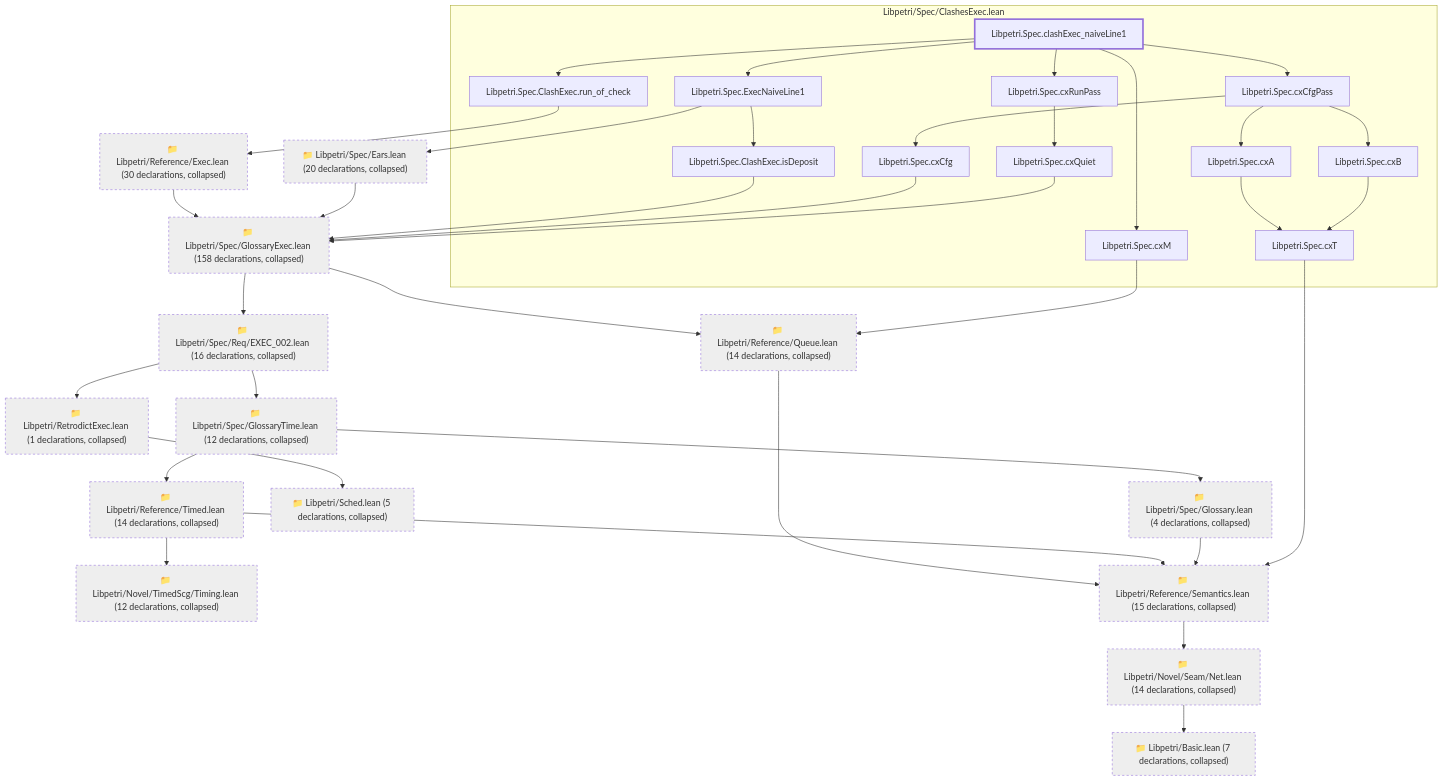
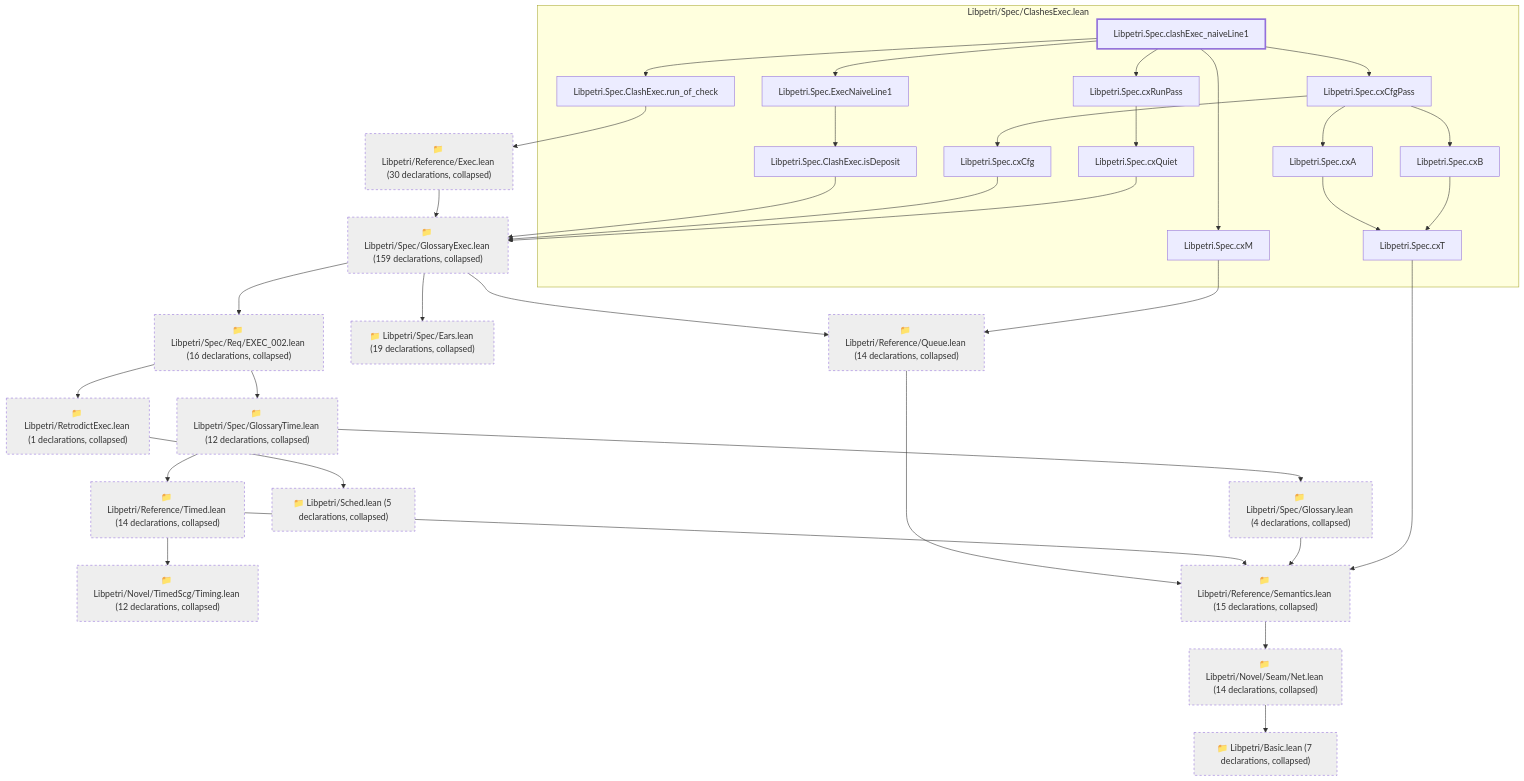
One commit to debe/libpetri changed the first of 3 diagrams in lean/graph/requirements/EXEC-001.md. Above: the diagram before and after it, drawn with Mermaid. The commit also changed other lines of this file and 244 other files, not shown here.

First line of the commit message:
feat(site): Lean-checked spec site and libpetri.org landing page

````diff
--- a/lean/graph/requirements/EXEC-001.md
+++ b/lean/graph/requirements/EXEC-001.md
@@ -17,70 +17,69 @@
 ```mermaid
 flowchart TD
   subgraph g0["Libpetri/Spec/ClashesExec.lean"]
     n4859["Libpetri.Spec.ClashExec.isDeposit"]
     n4860["Libpetri.Spec.ClashExec.run_of_check"]
-    n6018["Libpetri.Spec.ExecNaiveLine1"]
-    n7683["Libpetri.Spec.clashExec_naiveLine1"]
-    n9142["Libpetri.Spec.cxA"]
-    n9143["Libpetri.Spec.cxB"]
-    n9144["Libpetri.Spec.cxCfg"]
-    n9148["Libpetri.Spec.cxCfgPass"]
-    n9152["Libpetri.Spec.cxM"]
-    n9154["Libpetri.Spec.cxQuiet"]
-    n9160["Libpetri.Spec.cxRunPass"]
-    n9164["Libpetri.Spec.cxT"]
+    n6019["Libpetri.Spec.ExecNaiveLine1"]
+    n7684["Libpetri.Spec.clashExec_naiveLine1"]
+    n9143["Libpetri.Spec.cxA"]
+    n9144["Libpetri.Spec.cxB"]
+    n9145["Libpetri.Spec.cxCfg"]
+    n9149["Libpetri.Spec.cxCfgPass"]
+    n9153["Libpetri.Spec.cxM"]
+    n9155["Libpetri.Spec.cxQuiet"]
+    n9161["Libpetri.Spec.cxRunPass"]
+    n9165["Libpetri.Spec.cxT"]
   end
   c0["📁 Libpetri/Basic.lean (7 declarations, collapsed)"]
   c54["📁 Libpetri/Novel/Seam/Net.lean (14 declarations, collapsed)"]
   c66["📁 Libpetri/Novel/TimedScg/Timing.lean (12 declarations, collapsed)"]
   c74["📁 Libpetri/Reference/Exec.lean (30 declarations, collapsed)"]
   c80["📁 Libpetri/Reference/Queue.lean (14 declarations, collapsed)"]
   c83["📁 Libpetri/Reference/Semantics.lean (15 declarations, collapsed)"]
   c87["📁 Libpetri/Reference/Timed.lean (14 declarations, collapsed)"]
   c92["📁 Libpetri/RetrodictExec.lean (1 declarations, collapsed)"]
   c98["📁 Libpetri/Sched.lean (5 declarations, collapsed)"]
-  c114["📁 Libpetri/Spec/Ears.lean (20 declarations, collapsed)"]
+  c114["📁 Libpetri/Spec/Ears.lean (19 declarations, collapsed)"]
   c115["📁 Libpetri/Spec/Glossary.lean (4 declarations, collapsed)"]
-  c120["📁 Libpetri/Spec/GlossaryExec.lean (158 declarations, collapsed)"]
+  c120["📁 Libpetri/Spec/GlossaryExec.lean (159 declarations, collapsed)"]
   c126["📁 Libpetri/Spec/GlossaryTime.lean (12 declarations, collapsed)"]
   c194["📁 Libpetri/Spec/Req/EXEC_002.lean (16 declarations, collapsed)"]
   c54 --> c0
   c74 --> c120
   c80 --> c83
   c83 --> c54
   c87 --> c66
   c87 --> c83
   c92 --> c98
-  c114 --> c120
   c115 --> c83
   c120 --> c80
+  c120 --> c114
   c120 --> c194
   c126 --> c87
   c126 --> c115
   c194 --> c92
   c194 --> c126
   n4859 --> c120
   n4860 --> c74
-  n6018 --> c114
-  n6018 --> n4859
-  n7683 --> n4860
-  n7683 --> n6018
-  n7683 --> n9148
-  n7683 --> n9152
-  n7683 --> n9160
-  n9142 --> n9164
-  n9143 --> n9164
-  n9144 --> c120
-  n9148 --> n9142
-  n9148 --> n9143
-  n9148 --> n9144
-  n9152 --> c80
-  n9154 --> c120
-  n9160 --> n9154
-  n9164 --> c83
+  n6019 --> n4859
+  n7684 --> n4860
+  n7684 --> n6019
+  n7684 --> n9149
+  n7684 --> n9153
+  n7684 --> n9161
+  n9143 --> n9165
+  n9144 --> n9165
+  n9145 --> c120
+  n9149 --> n9143
+  n9149 --> n9144
+  n9149 --> n9145
+  n9153 --> c80
+  n9155 --> c120
+  n9161 --> n9155
+  n9165 --> c83
   classDef root stroke-width:3px
   classDef locked fill:#fff3cd,stroke:#b8860b
   classDef collapsed fill:#eeeeee,stroke-dasharray:4 4
-  class n7683 root
+  class n7684 root
   class c0,c54,c66,c74,c80,c83,c87,c92,c98,c114,c115,c120,c126,c194 collapsed
 ```
````
